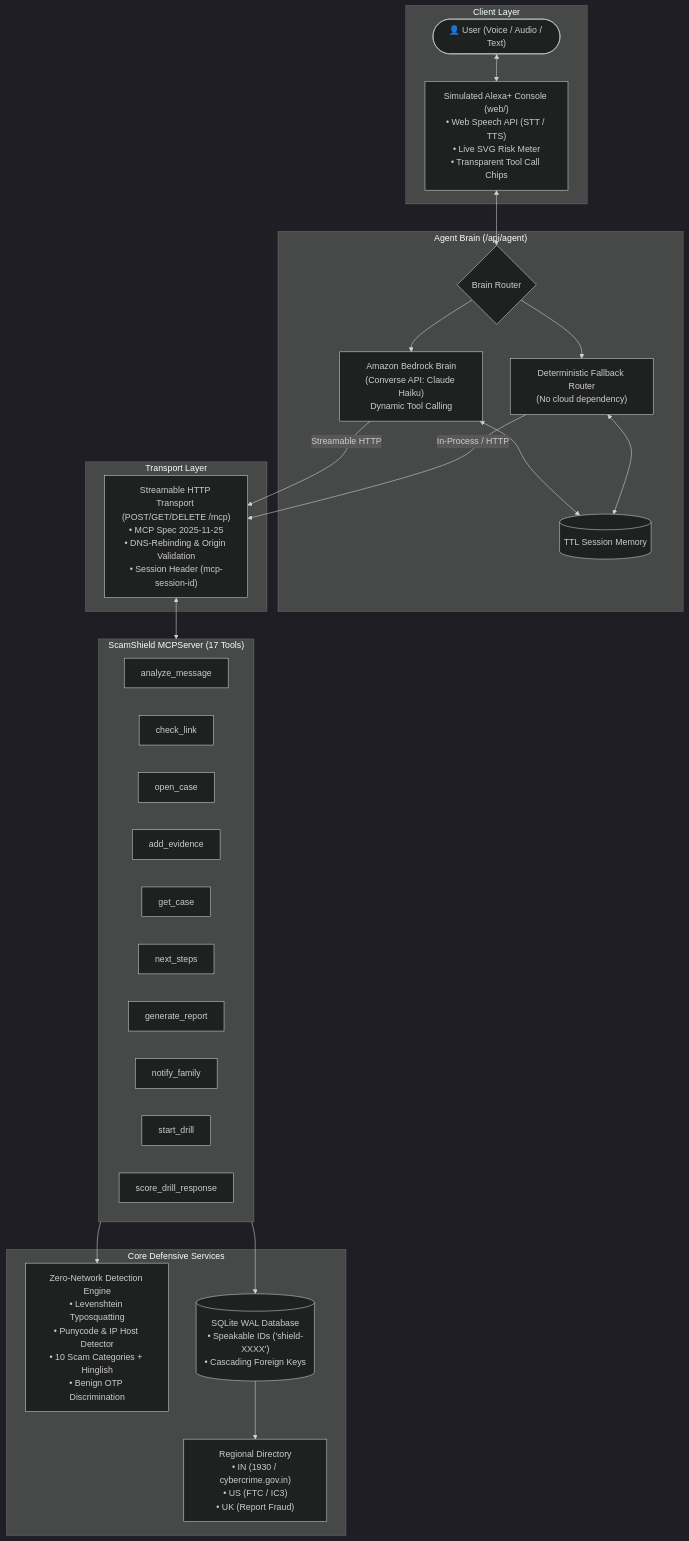
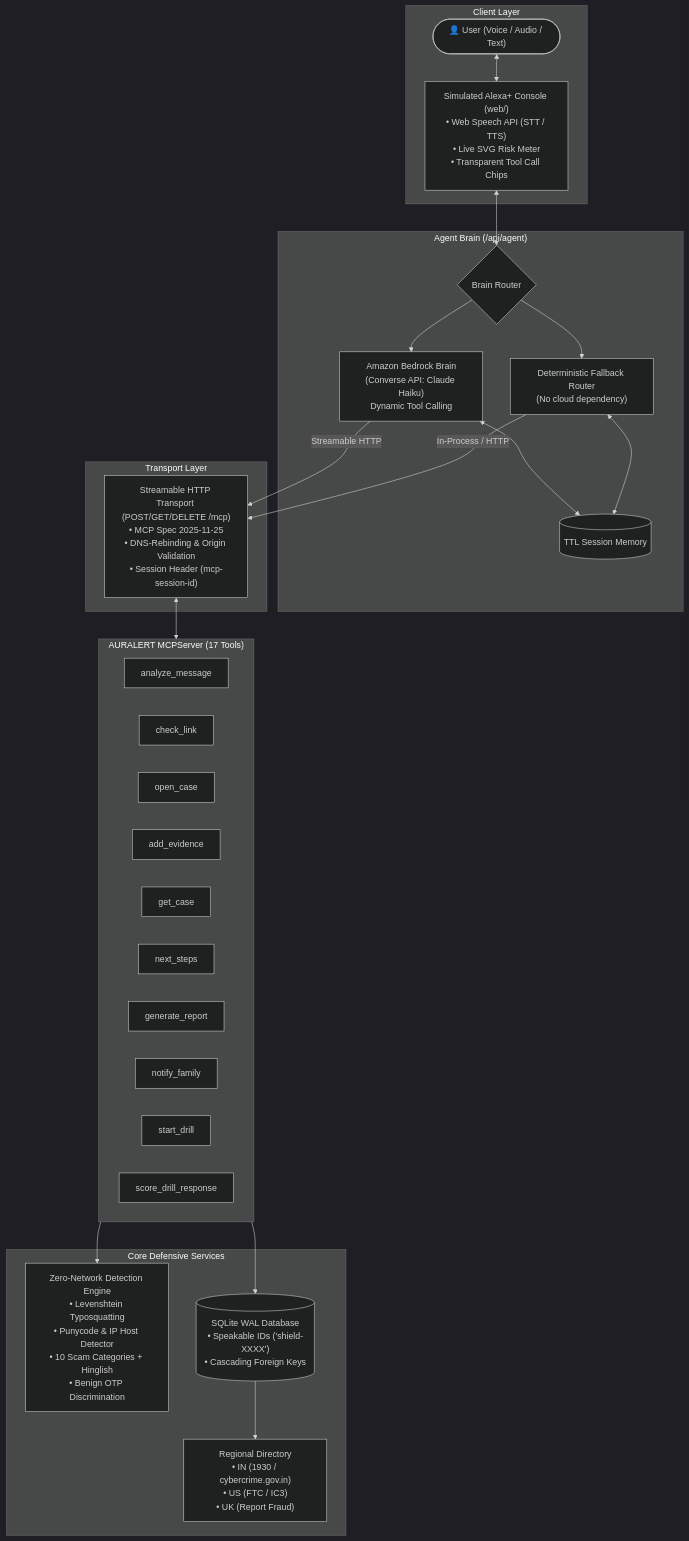
The diagram in README.md (Ujjwal-4/Auralert), drawn with Mermaid (dark theme) before and after one commit. The commit also changed other lines of this file and 61 other files, not shown here.

````diff
--- a/README.md
+++ b/README.md
@@ -59,50 +59,50 @@
 ```mermaid
 flowchart TD
     subgraph UI ["Client Layer"]
         User(["👤 User (Voice / Audio / Text)"])
         WebUI["Simulated Alexa+ Console (web/)<br/>• Web Speech API (STT / TTS)<br/>• Live SVG Risk Meter<br/>• Transparent Tool Call Chips"]
     end
 
     subgraph Agent ["Agent Brain (/api/agent)"]
         Router{"Brain Router"}
         Bedrock["Amazon Bedrock Brain<br/>(Converse API: Claude Haiku)<br/>Dynamic Tool Calling"]
         Fallback["Deterministic Fallback Router<br/>(No cloud dependency)"]
         SessionStore[("TTL Session Memory")]
     end
 
     subgraph Transport ["Transport Layer"]
         StreamableHTTP["Streamable HTTP Transport (POST/GET/DELETE /mcp)<br/>• MCP Spec 2025-11-25<br/>• DNS-Rebinding & Origin Validation<br/>• Session Header (mcp-session-id)"]
     end
 
-    subgraph MCPTools ["ScamShield MCPServer (17 Tools)"]
+    subgraph MCPTools ["AURALERT MCPServer (17 Tools)"]
         T1["analyze_message"]
         T2["check_link"]
         T3["open_case"]
         T4["add_evidence"]
         T5["get_case"]
         T6["next_steps"]
         T7["generate_report"]
         T8["notify_family"]
         T9["start_drill"]
         T10["score_drill_response"]
     end
 
     subgraph Engines ["Core Defensive Services"]
         Detector["Zero-Network Detection Engine<br/>• Levenshtein Typosquatting<br/>• Punycode & IP Host Detector<br/>• 10 Scam Categories + Hinglish<br/>• Benign OTP Discrimination"]
         CaseDB[("SQLite WAL Database<br/>• Speakable IDs ('shield-XXXX')<br/>• Cascading Foreign Keys")]
         Regions["Regional Directory<br/>• IN (1930 / cybercrime.gov.in)<br/>• US (FTC / IC3)<br/>• UK (Report Fraud)"]
     end
 
     User <--> WebUI
     WebUI <--> Router
     Router --> Bedrock
     Router --> Fallback
     Bedrock <--> SessionStore
     Fallback <--> SessionStore
     Bedrock -- "Streamable HTTP" --> StreamableHTTP
     Fallback -- "In-Process / HTTP" --> StreamableHTTP
     StreamableHTTP <--> MCPTools
     MCPTools --> Detector
     MCPTools --> CaseDB
     CaseDB --> Regions
 ```
````
